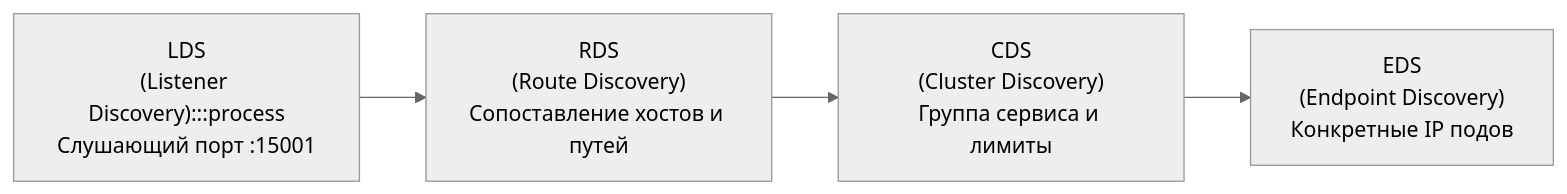
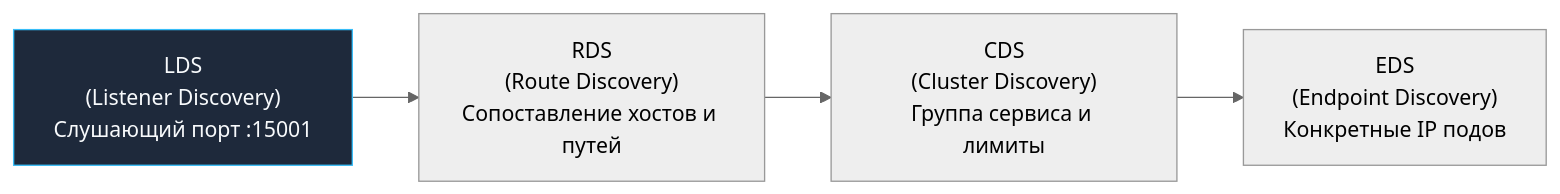
One commit to UnrealTemplier/go-textbook-ru changed the fourth of 4 diagrams in sources/14. Распределенные системы на Go/06. Сеть/2. Envoy и sidecar.md. Above: the diagram before and after it, drawn with Mermaid (neutral theme). The commit also changed 40 other files, not shown here.

First line of the commit message:
fix(mermaid): move :::class out of 48 quoted node labels

````diff
--- a/sources/14. Распределенные системы на Go/06. Сеть/2. Envoy и sidecar.md
+++ b/sources/14. Распределенные системы на Go/06. Сеть/2. Envoy и sidecar.md
@@ -140,16 +140,16 @@
 ```mermaid
 flowchart LR
     classDef process  fill:#1e293b,stroke:#38bdf8,stroke-width:1px,color:#f8fafc
     classDef success  fill:#064e3b,stroke:#34d399,stroke-width:1px,color:#f8fafc
     classDef error    fill:#7f1d1d,stroke:#f87171,stroke-width:1px,color:#f8fafc
     classDef warning  fill:#78350f,stroke:#fbbf24,stroke-width:1px,color:#f8fafc
     classDef entry    fill:#1e3a5f,stroke:#38bdf8,stroke-width:2px,color:#f8fafc
     classDef aux      fill:#334155,stroke:#64748b,stroke-width:1px,color:#f8fafc
     classDef system   fill:#312e81,stroke:#a78bfa,stroke-width:1px,color:#f8fafc
     classDef data     fill:#132d29,stroke:#2dd4bf,stroke-width:1px,color:#f8fafc
     classDef network  fill:#881337,stroke:#fb7185,stroke-width:1px,color:#f8fafc
     classDef accent   fill:#1e1b4b,stroke:#818cf8,stroke-width:1px,color:#f8fafc
-    LDS["LDS<br/>(Listener Discovery):::process<br/>Слушающий порт :15001"] --> RDS["RDS<br/>(Route Discovery)<br/>Сопоставление хостов и путей"]
+    LDS["LDS<br/>(Listener Discovery)<br/>Слушающий порт :15001"]:::process --> RDS["RDS<br/>(Route Discovery)<br/>Сопоставление хостов и путей"]
     RDS --> CDS["CDS<br/>(Cluster Discovery)<br/>Группа сервиса и лимиты"]
     CDS --> EDS["EDS<br/>(Endpoint Discovery)<br/>Конкретные IP подов"]
 ```
````
